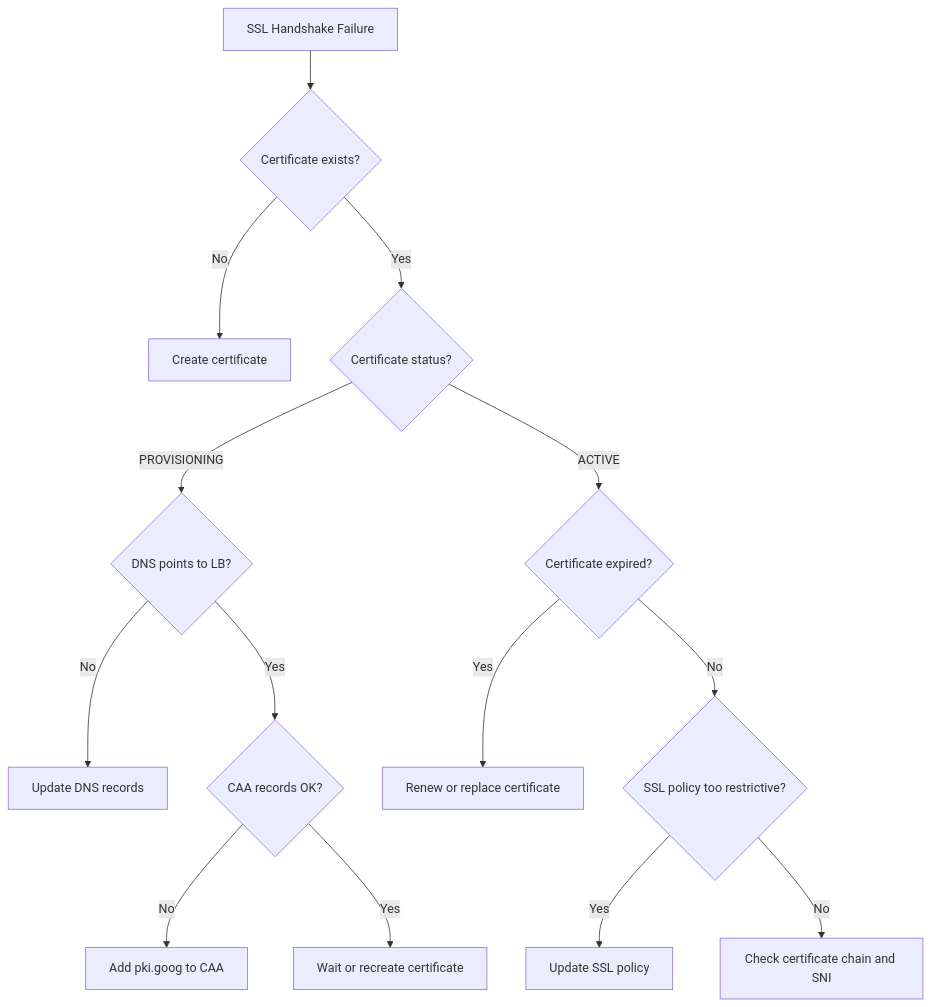
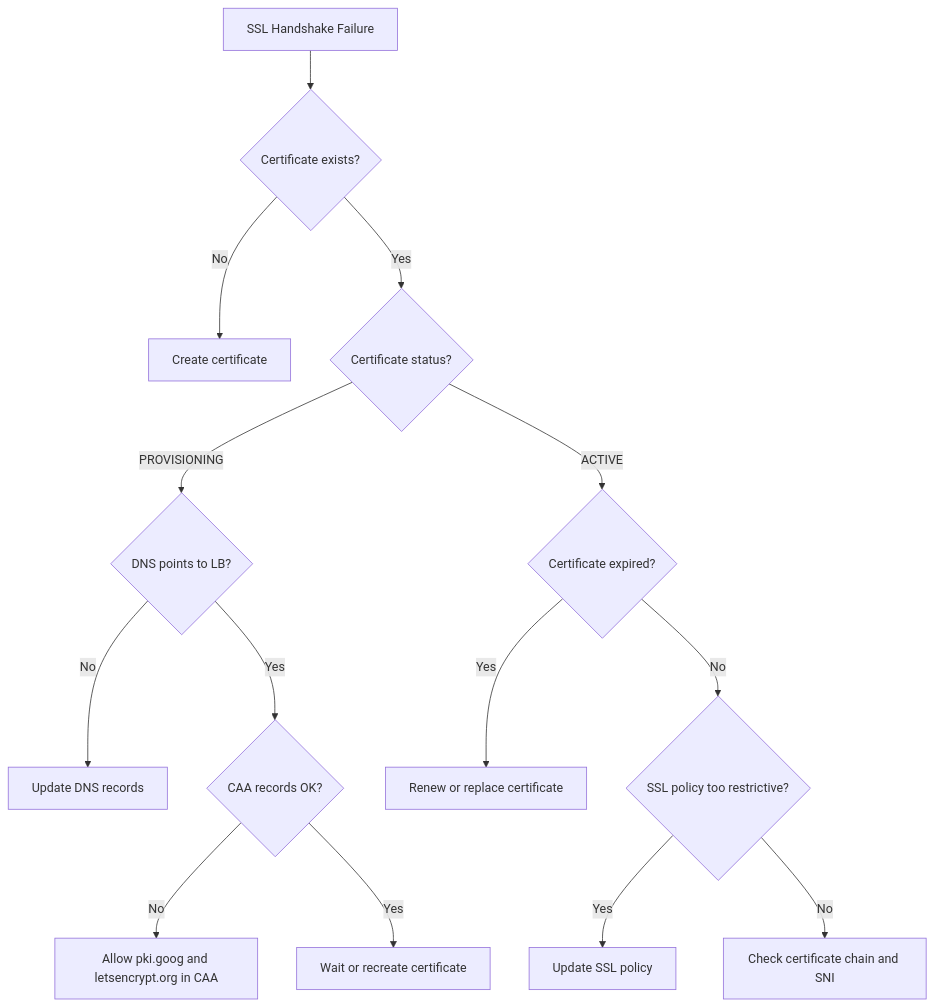
The diagram in posts/2026-02-17-how-to-debug-ssl-handshake-failures-on-google-cloud-global-external-application-load-balancer/README.md (OneUptime/blog), drawn with Mermaid before and after one commit. The commit also changed other lines of this file and 2 other files, not shown here.

````diff
--- a/posts/2026-02-17-how-to-debug-ssl-handshake-failures-on-google-cloud-global-external-application-load-balancer/README.md
+++ b/posts/2026-02-17-how-to-debug-ssl-handshake-failures-on-google-cloud-global-external-application-load-balancer/README.md
@@ -250,16 +261,16 @@
 ```mermaid
 flowchart TD
     A[SSL Handshake Failure] --> B{Certificate exists?}
     B -->|No| C[Create certificate]
     B -->|Yes| D{Certificate status?}
     D -->|PROVISIONING| E{DNS points to LB?}
     E -->|No| F[Update DNS records]
     E -->|Yes| G{CAA records OK?}
-    G -->|No| H[Add pki.goog to CAA]
+    G -->|No| H[Allow pki.goog and letsencrypt.org in CAA]
     G -->|Yes| I[Wait or recreate certificate]
     D -->|ACTIVE| J{Certificate expired?}
     J -->|Yes| K[Renew or replace certificate]
     J -->|No| L{SSL policy too restrictive?}
     L -->|Yes| M[Update SSL policy]
     L -->|No| N[Check certificate chain and SNI]
 ```
````
